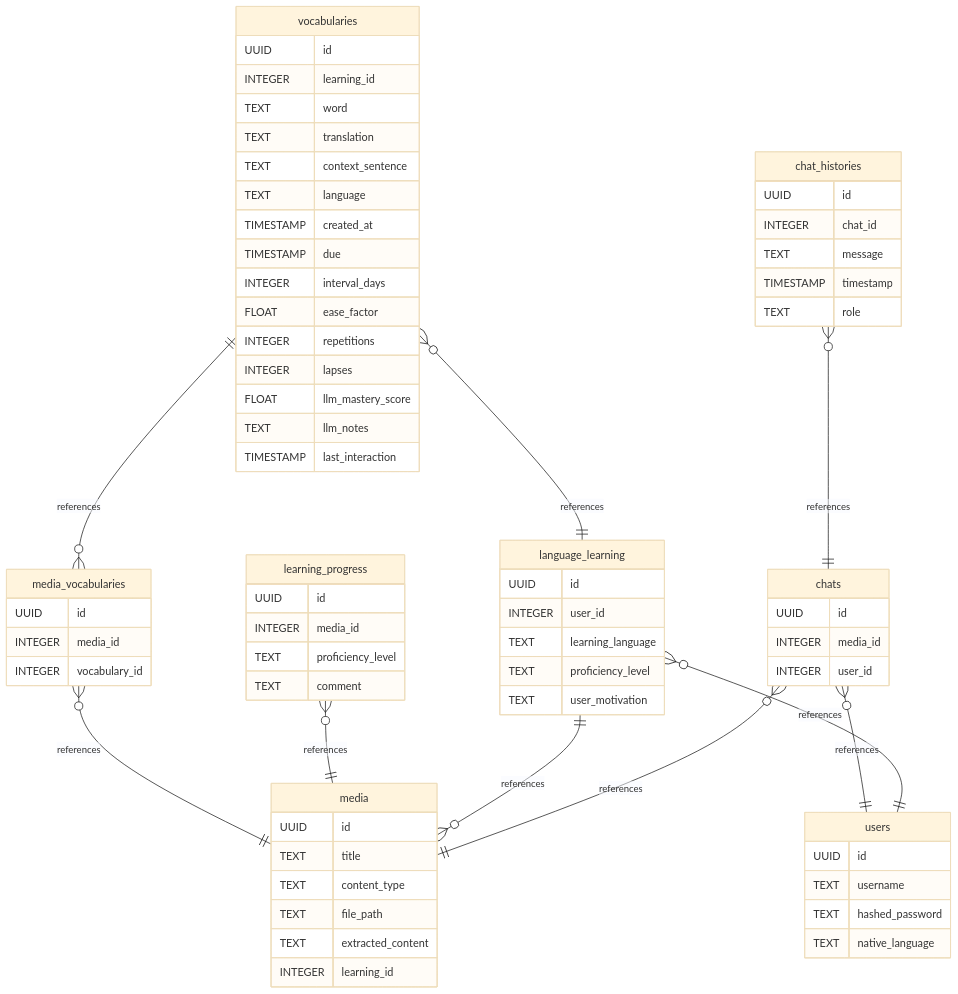
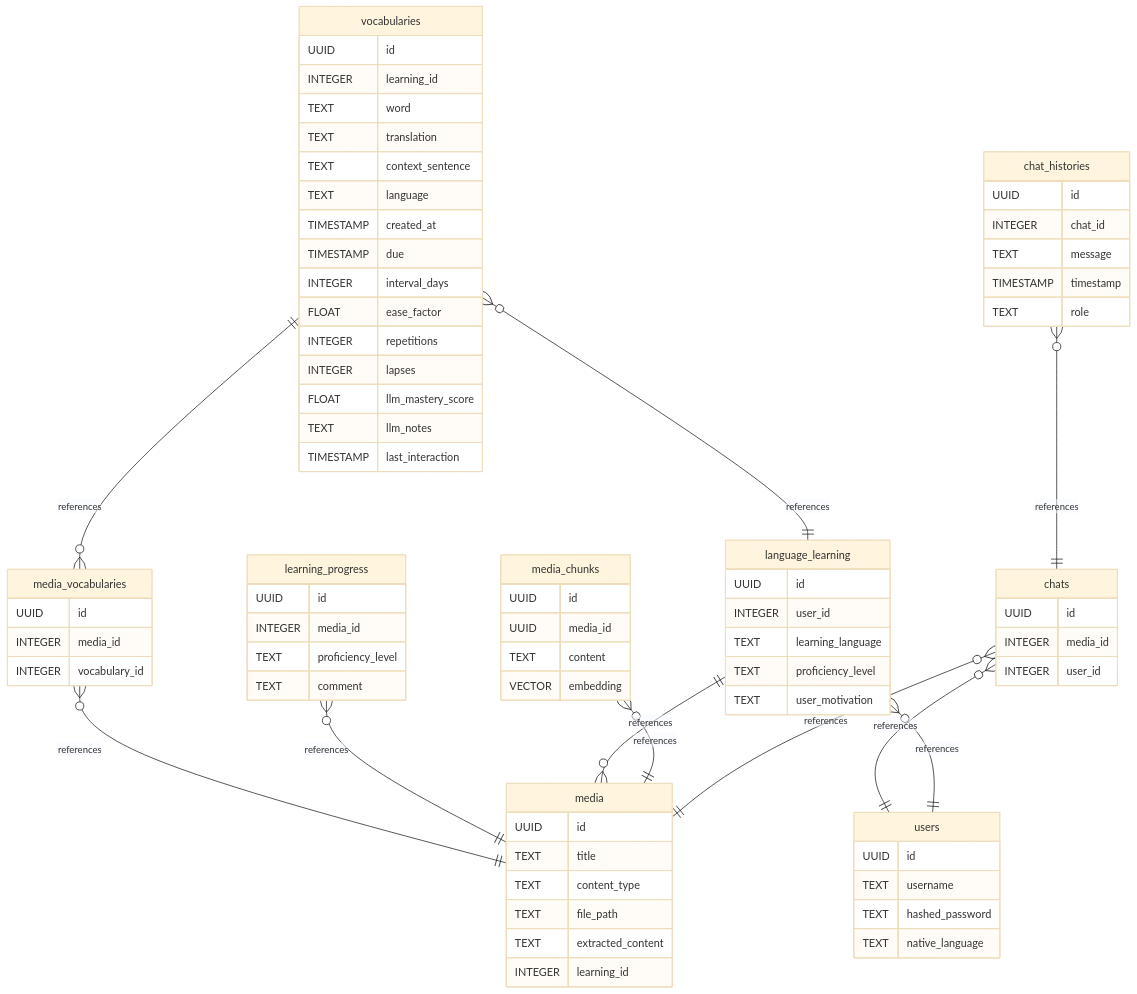
One commit to BurkhardtJan/Dengwa-AI changed the second of 2 diagrams in README.md. Above: the diagram before and after it, drawn with Mermaid (base theme). The commit also changed 8 other files, not shown here.

```diff
--- a/README.md
+++ b/README.md
@@ -273,6 +273,7 @@
 erDiagram
     chat_histories }o--|| chats: references
     chats }o--|| media: references
+    media_chunks }o--|| media: references
     language_learning }o--|| users: references
     language_learning ||--o{ media: references
     learning_progress }o--|| media: references
@@ -295,6 +296,12 @@
         TEXT file_path
         TEXT extracted_content
         INTEGER learning_id
+    }
+    media_chunks {
+        UUID id
+        UUID media_id
+        TEXT content
+        VECTOR embedding
     }
 
     vocabularies {
```
